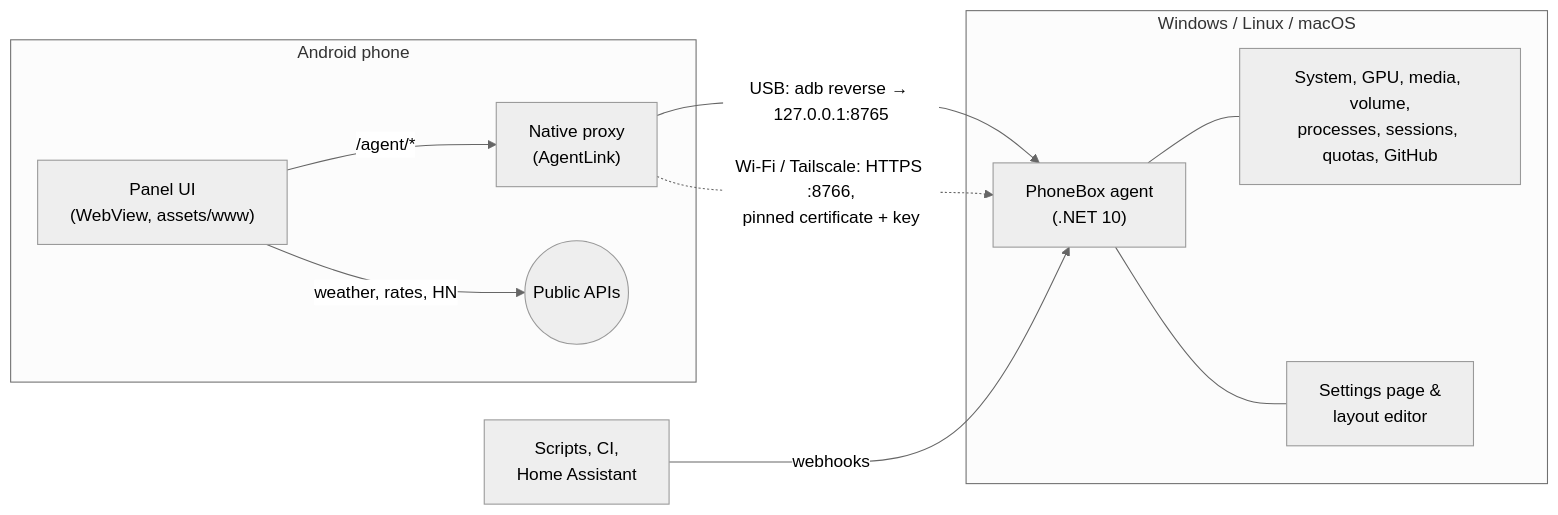
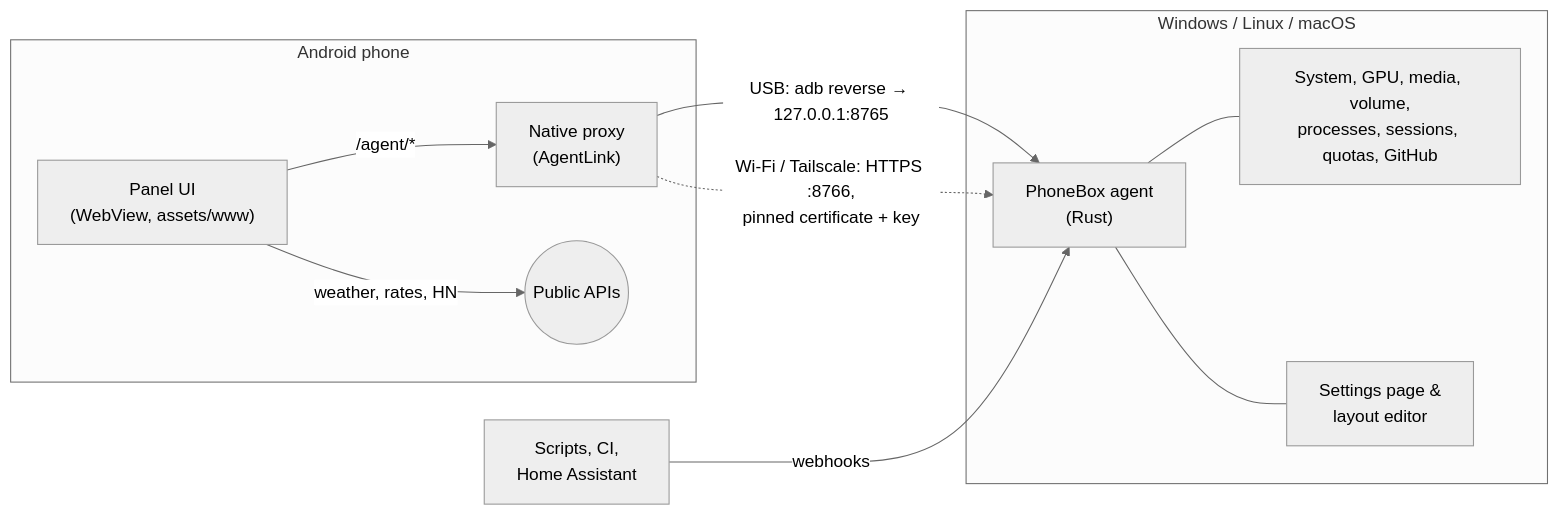
The diagram in docs/DEVELOPMENT.md (iddhi-sulakshana/phonebox), drawn with Mermaid (neutral theme) before and after one commit. The commit also changed other lines of this file and 17 other files, not shown here.

Commit message:
Rust agent: docs for the switch and the sign-off record

````diff
--- a/docs/DEVELOPMENT.md
+++ b/docs/DEVELOPMENT.md
@@ -9,15 +9,15 @@
 ```mermaid
 flowchart LR
   subgraph Phone["Android phone"]
     UI["Panel UI<br/>(WebView, assets/www)"] -->|"/agent/*"| Proxy["Native proxy<br/>(AgentLink)"]
     UI -->|weather, rates, HN| Web(("Public APIs"))
   end
   subgraph PC["Windows / Linux / macOS"]
-    Agent["PhoneBox agent<br/>(.NET 10)"]
+    Agent["PhoneBox agent<br/>(Rust)"]
     Agent --- Mon["System, GPU, media, volume,<br/>processes, sessions, quotas, GitHub"]
     Agent --- Set["Settings page &<br/>layout editor"]
   end
   Proxy -->|"USB: adb reverse → 127.0.0.1:8765"| Agent
   Proxy -.->|"Wi-Fi / Tailscale: HTTPS :8766,<br/>pinned certificate + key"| Agent
   Hooks["Scripts, CI,<br/>Home Assistant"] -->|webhooks| Agent
 ```
````
